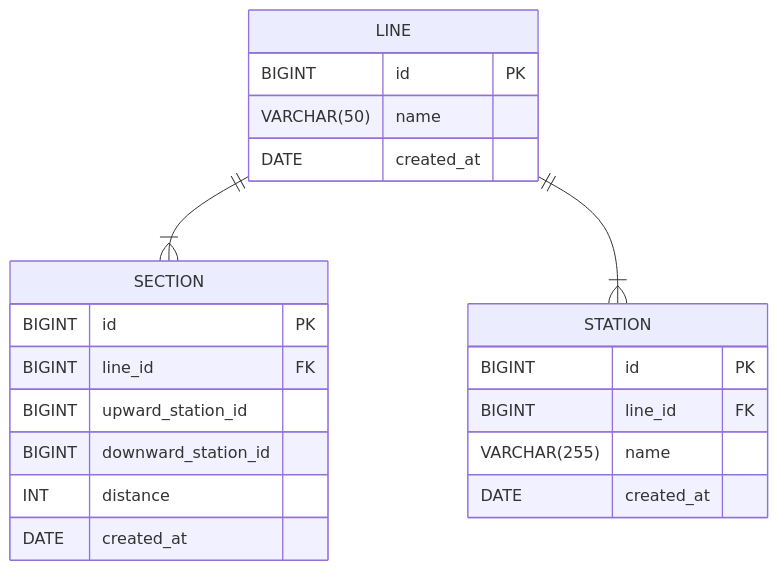
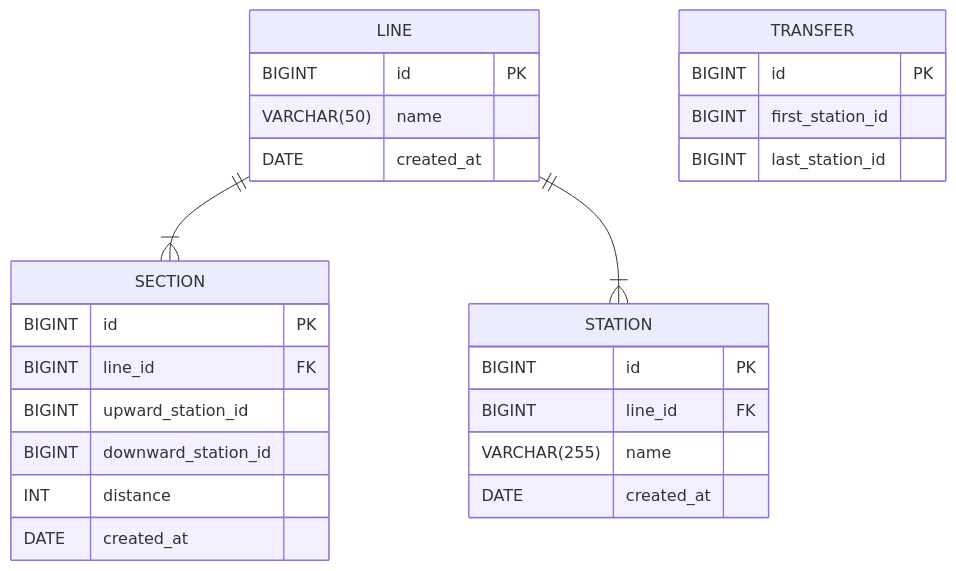
One commit to woowacourse/jwp-subway-path changed the third of 3 diagrams in README.md. Above: the diagram before and after it, drawn with Mermaid. The commit also changed other lines of this file, not shown here.

Commit message:
docs: 클래스 다이어그램, ERD 수정

````diff
--- a/README.md
+++ b/README.md
@@ -53,24 +61,29 @@
 ```mermaid
 erDiagram
   LINE ||--|{ SECTION : ""
   LINE ||--|{ STATION : ""
   LINE {
 		BIGINT id PK
 		VARCHAR(50) name
         DATE created_at
 	}
     SECTION {
         BIGINT id PK
         BIGINT line_id FK
         BIGINT upward_station_id
         BIGINT downward_station_id
         INT distance
         DATE created_at
     }
     STATION {
         BIGINT id PK
         BIGINT line_id FK
         VARCHAR(255) name
         DATE created_at
     }
+    TRANSFER {
+        BIGINT id PK
+        BIGINT first_station_id
+        BIGINT last_station_id
+    }
 ```
````
